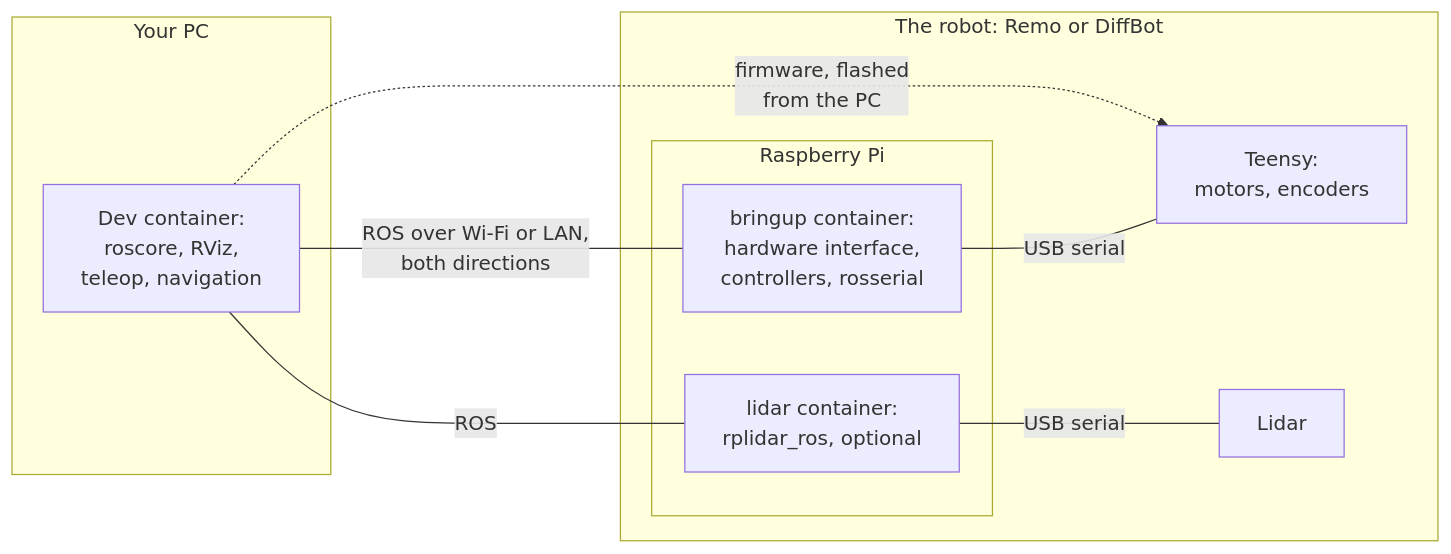
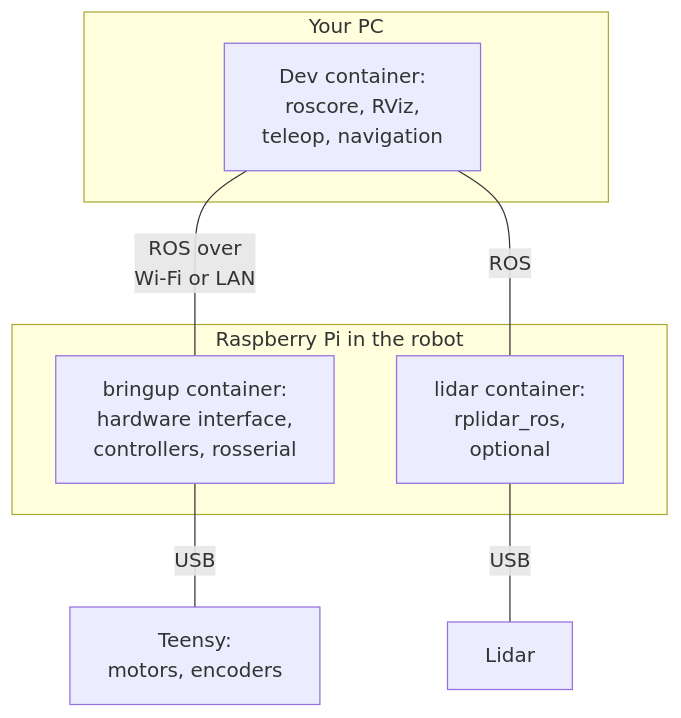
Before and after one commit to ros-mobile-robots/ros-mobile-robots.github.io: the second of 2 diagrams in docs/processing_units/robot-container/index.md, drawn with Mermaid. The commit also changed other lines of this file, not shown here.

First line of the commit message:
Robot Container: where the software comes from, what ran on a robot

````diff
--- a/docs/processing_units/robot-container/index.md
+++ b/docs/processing_units/robot-container/index.md
@@ -13,19 +53,16 @@
 ```mermaid
-graph LR
+graph TB
   subgraph PC [Your PC]
     DEV[Dev container:<br/>roscore, RViz,<br/>teleop, navigation]
   end
-  subgraph ROBOT [The robot: Remo or DiffBot]
-    subgraph PI [Raspberry Pi]
-      B[bringup container:<br/>hardware interface,<br/>controllers, rosserial]
-      L[lidar container:<br/>rplidar_ros, optional]
-    end
-    T[Teensy:<br/>motors, encoders]
-    S[Lidar]
+  subgraph PI [Raspberry Pi in the robot]
+    B[bringup container:<br/>hardware interface,<br/>controllers, rosserial]
+    L[lidar container:<br/>rplidar_ros,<br/>optional]
   end
-  DEV ---|ROS over Wi-Fi or LAN,<br/>both directions| B
+  T[Teensy:<br/>motors, encoders]
+  S[Lidar]
+  DEV ---|ROS over<br/>Wi-Fi or LAN| B
   DEV ---|ROS| L
-  B ---|USB serial| T
-  L ---|USB serial| S
-  DEV -.->|firmware, flashed<br/>from the PC| T
+  B ---|USB| T
+  L ---|USB| S
 ```
````
